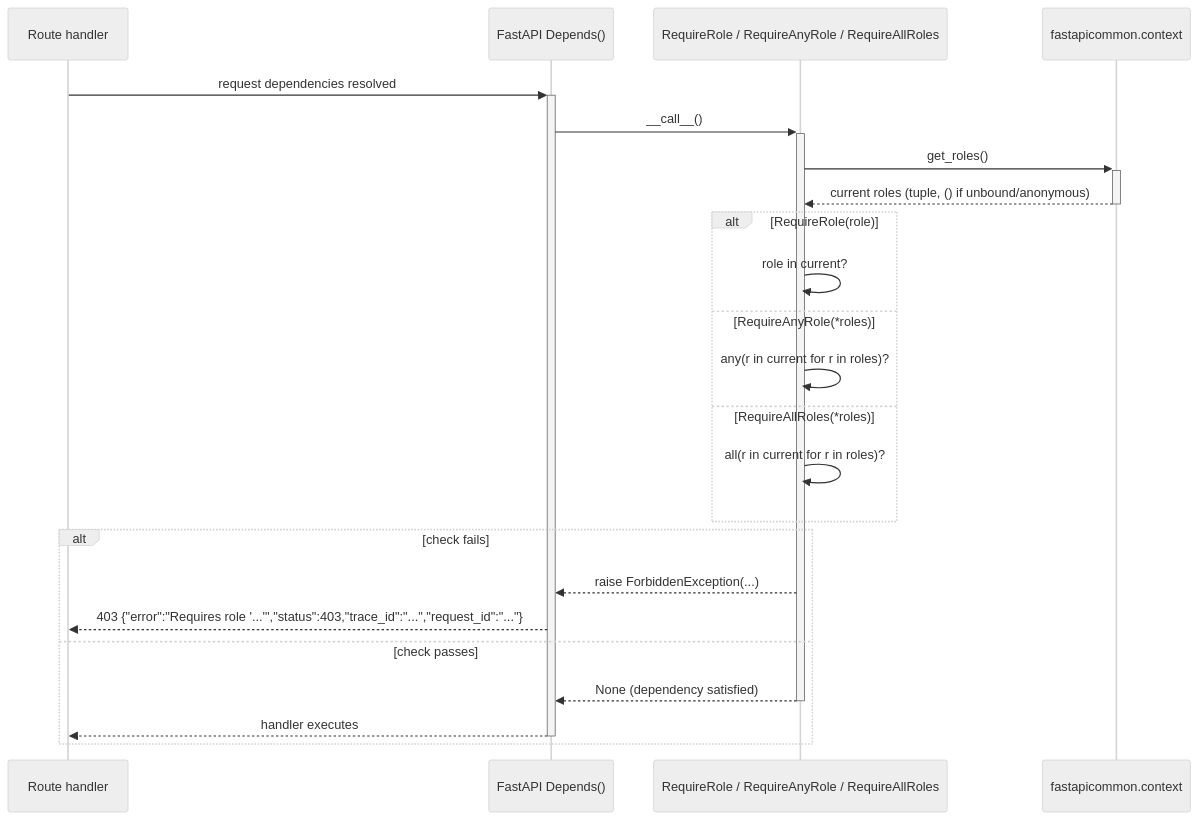
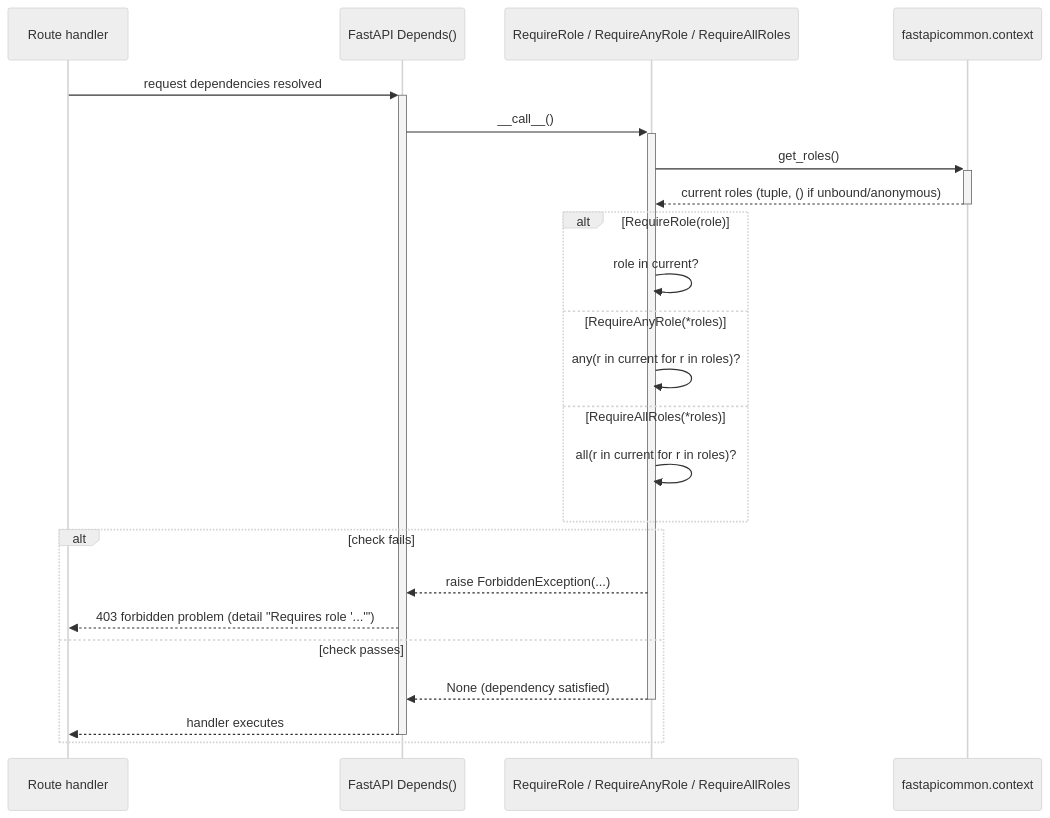
Before and after one commit to BCBP-SOLUTIONS-FZC-LLC/platform-fastapicommon: the diagram in docs/architecture/mermaid/rbac-dependency-flow.mmd, drawn with Mermaid (neutral theme). The commit also changed 42 other files, not shown here.

```diff
--- a/docs/architecture/mermaid/rbac-dependency-flow.mmd
+++ b/docs/architecture/mermaid/rbac-dependency-flow.mmd
@@ -1,26 +1,26 @@
 sequenceDiagram
     participant H as Route handler
     participant Dep as FastAPI Depends()
     participant RBAC as RequireRole / RequireAnyRole / RequireAllRoles
     participant Ctx as fastapicommon.context
 
     H ->>+ Dep: request dependencies resolved
     Dep ->>+ RBAC: __call__()
     RBAC ->>+ Ctx: get_roles()
     Ctx -->>- RBAC: current roles (tuple, () if unbound/anonymous)
 
     alt RequireRole(role)
         RBAC ->> RBAC: role in current?
     else RequireAnyRole(*roles)
         RBAC ->> RBAC: any(r in current for r in roles)?
     else RequireAllRoles(*roles)
         RBAC ->> RBAC: all(r in current for r in roles)?
     end
 
     alt check fails
         RBAC -->> Dep: raise ForbiddenException(...)
-        Dep -->> H: 403 {"error":"Requires role '...'","status":403,"trace_id":"...","request_id":"..."}
+        Dep -->> H: 403 forbidden problem (detail "Requires role '...'")
     else check passes
         RBAC -->>- Dep: None (dependency satisfied)
         Dep -->>- H: handler executes
     end
```
